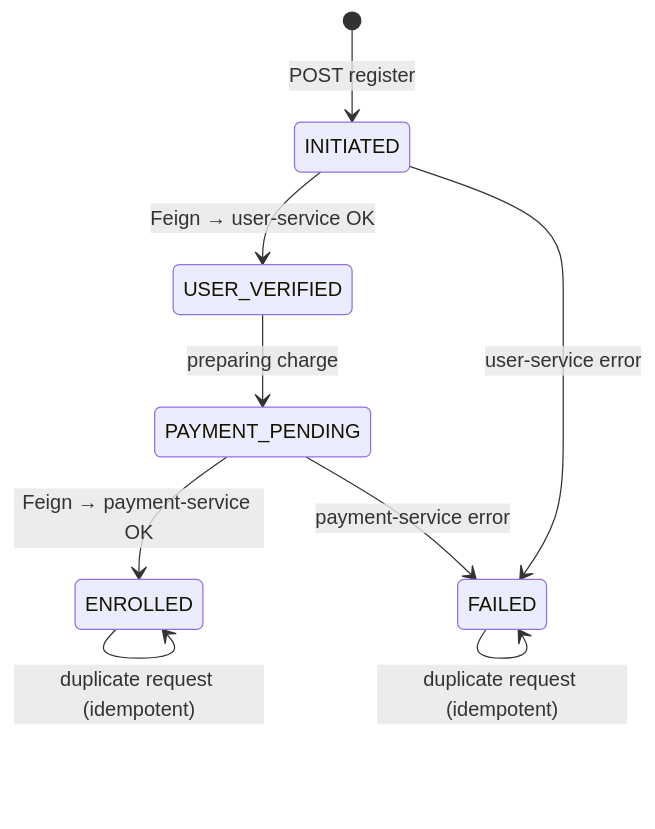
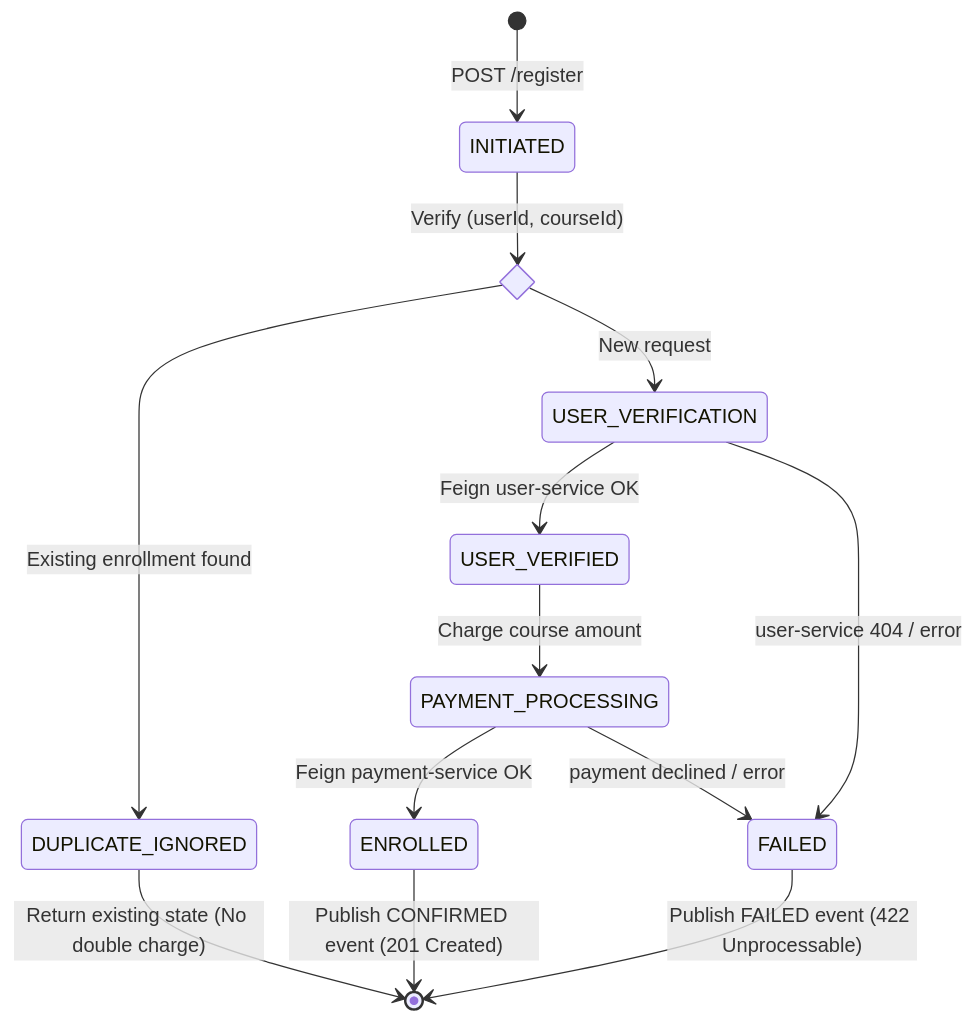
One commit to byte2code/course-service changed the fourth of 8 diagrams in README.md. Above: the diagram before and after it, drawn with Mermaid. The commit also changed other lines of this file, not shown here.

Commit message:
docs: enrich README with architecture, caching, N+1 optimization, and sequence diagrams

````diff
--- a/README.md
+++ b/README.md
@@ -148,11 +233,21 @@
 ```mermaid
 stateDiagram-v2
-    [*] --> INITIATED : POST register
-    INITIATED --> USER_VERIFIED : Feign → user-service OK
-    INITIATED --> FAILED : user-service error
-    USER_VERIFIED --> PAYMENT_PENDING : preparing charge
-    PAYMENT_PENDING --> ENROLLED : Feign → payment-service OK
-    PAYMENT_PENDING --> FAILED : payment-service error
-    ENROLLED --> ENROLLED : duplicate request (idempotent)
-    FAILED --> FAILED : duplicate request (idempotent)
+    [*] --> INITIATED : POST /register
+    
+    state IdempotencyCheck <<choice>>
+    INITIATED --> IdempotencyCheck : Verify (userId, courseId)
+    
+    IdempotencyCheck --> DUPLICATE_IGNORED : Existing enrollment found
+    DUPLICATE_IGNORED --> [*] : Return existing state (No double charge)
+    
+    IdempotencyCheck --> USER_VERIFICATION : New request
+    USER_VERIFICATION --> USER_VERIFIED : Feign user-service OK
+    USER_VERIFICATION --> FAILED : user-service 404 / error
+    
+    USER_VERIFIED --> PAYMENT_PROCESSING : Charge course amount
+    PAYMENT_PROCESSING --> ENROLLED : Feign payment-service OK
+    PAYMENT_PROCESSING --> FAILED : payment declined / error
+    
+    ENROLLED --> [*] : Publish CONFIRMED event (201 Created)
+    FAILED --> [*] : Publish FAILED event (422 Unprocessable)
 ```
````
